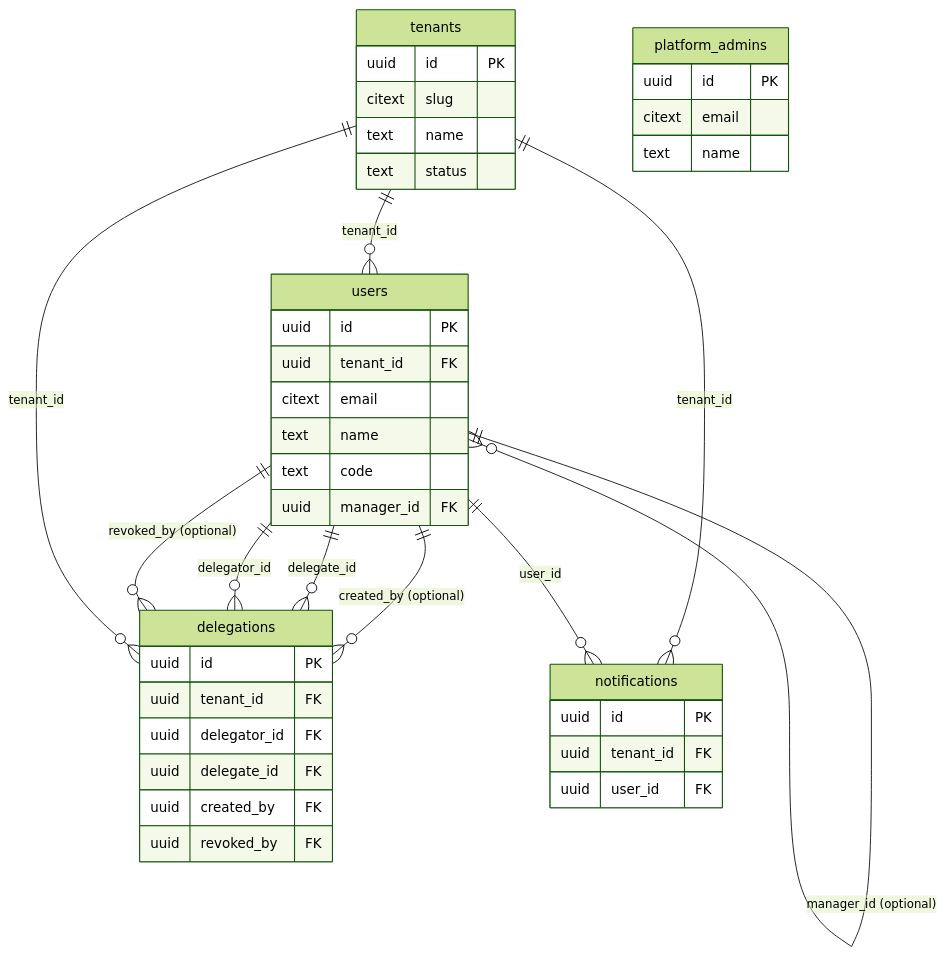
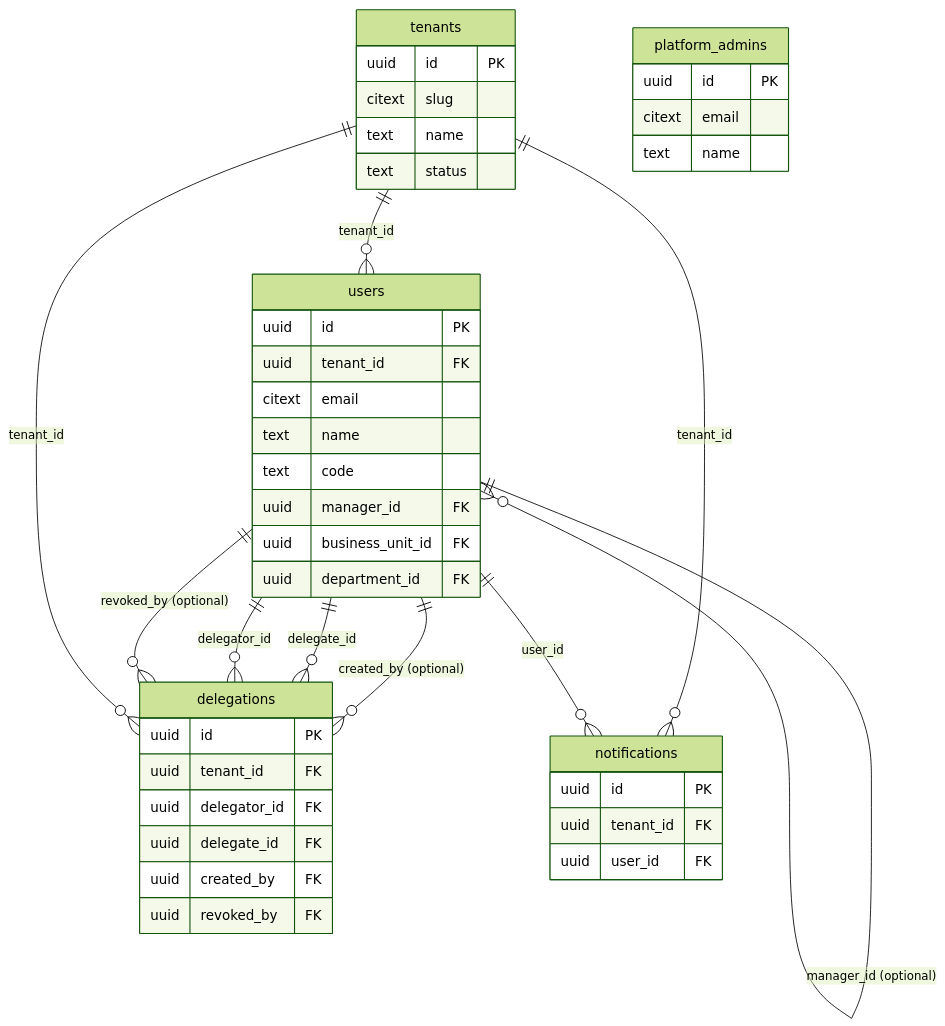
One commit to AlaaOpsAi/SaaSERP changed the first of 3 diagrams in docs/DATABASE.md. Above: the diagram before and after it, drawn with Mermaid (forest theme). The commit also changed other lines of this file and 37 other files, not shown here.

````diff
--- a/docs/DATABASE.md
+++ b/docs/DATABASE.md
@@ -31,44 +31,46 @@
 ```mermaid
 erDiagram
   tenants {
     uuid id PK
     citext slug
     text name
     text status
   }
   users {
     uuid id PK
     uuid tenant_id FK
     citext email
     text name
     text code
     uuid manager_id FK
+    uuid business_unit_id FK
+    uuid department_id FK
   }
   delegations {
     uuid id PK
     uuid tenant_id FK
     uuid delegator_id FK
     uuid delegate_id FK
     uuid created_by FK
     uuid revoked_by FK
   }
   notifications {
     uuid id PK
     uuid tenant_id FK
     uuid user_id FK
   }
   platform_admins {
     uuid id PK
     citext email
     text name
   }
   users ||--o{ delegations : "created_by (optional)"
   users ||--o{ delegations : "delegate_id"
   users ||--o{ delegations : "delegator_id"
   users ||--o{ delegations : "revoked_by (optional)"
   tenants ||--o{ delegations : "tenant_id"
   tenants ||--o{ notifications : "tenant_id"
   users ||--o{ notifications : "user_id"
   users ||--o{ users : "manager_id (optional)"
   tenants ||--o{ users : "tenant_id"
 ```
````
